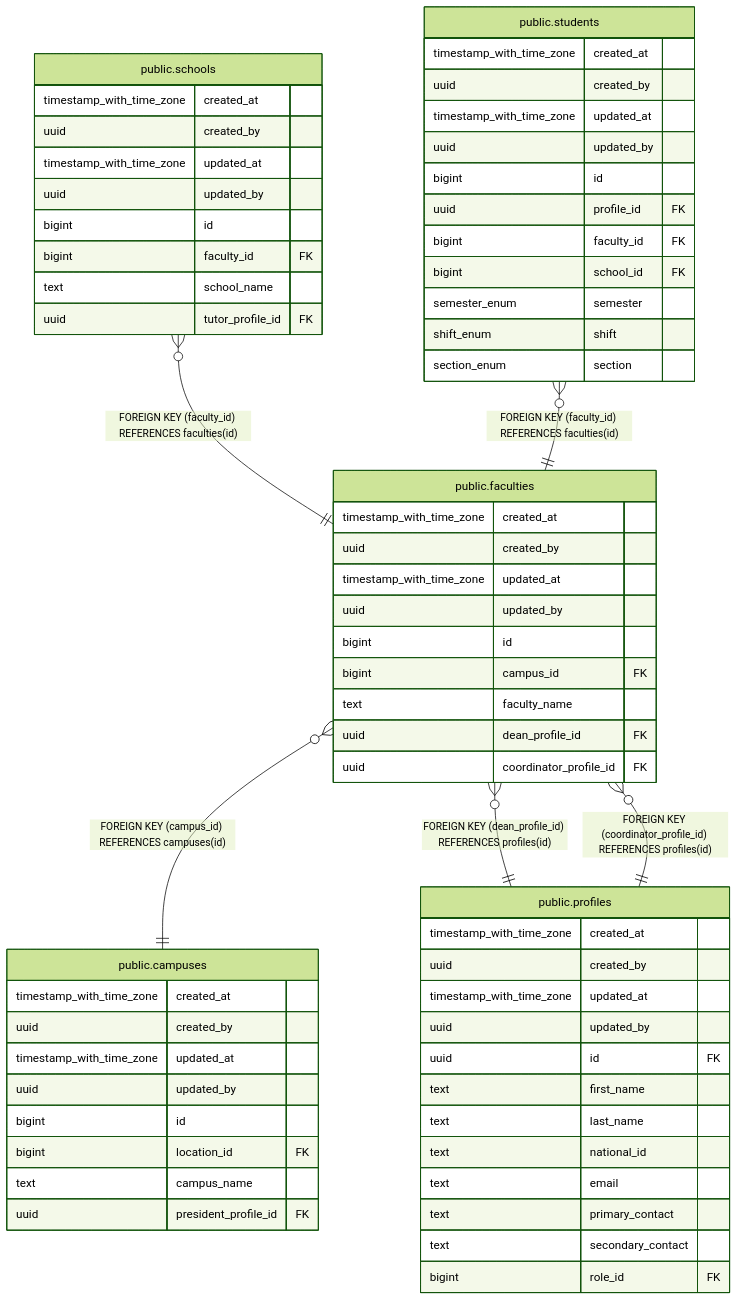
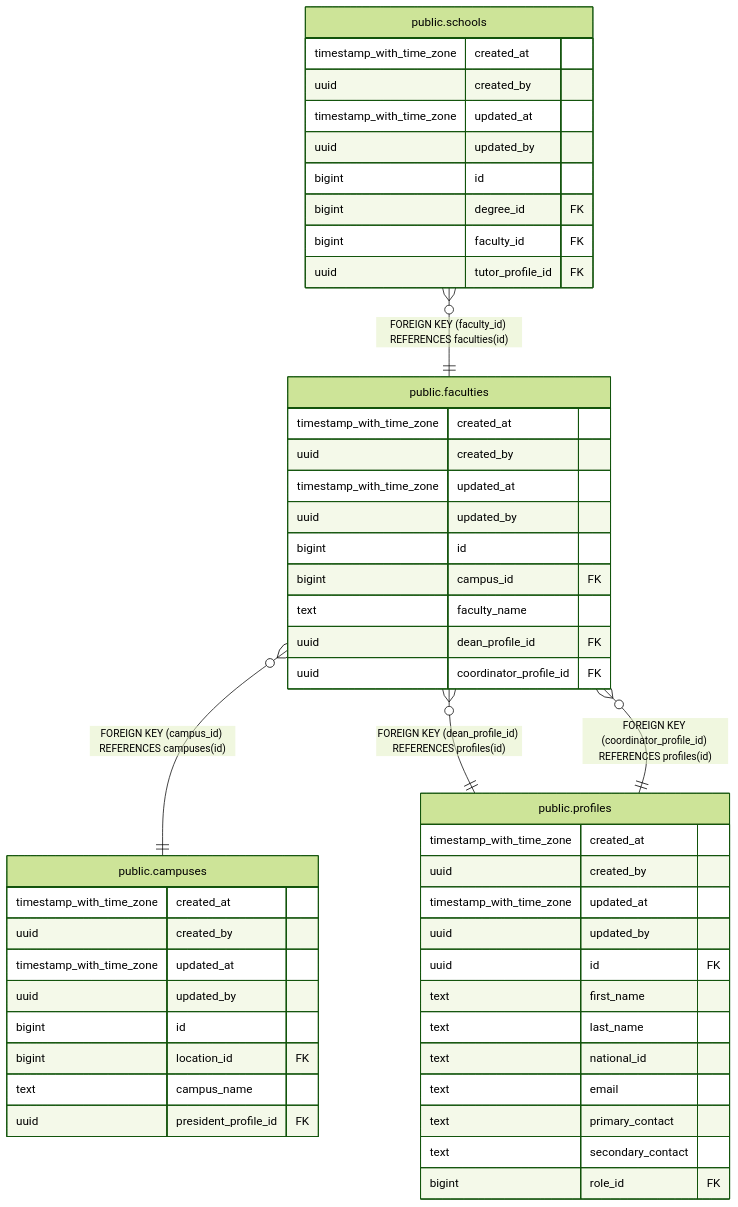
Before and after one commit to icristianhernandez/academic-service-backend: the diagram in docs/db/tbls/public.faculties.md, drawn with Mermaid (forest theme). The commit also changed other lines of this file and 16 other files, not shown here.

````diff
--- a/docs/db/tbls/public.faculties.md
+++ b/docs/db/tbls/public.faculties.md
@@ -45,68 +45,54 @@
 ```mermaid
 erDiagram
 
 "public.schools" }o--|| "public.faculties" : "FOREIGN KEY (faculty_id) REFERENCES faculties(id)"
-"public.students" }o--|| "public.faculties" : "FOREIGN KEY (faculty_id) REFERENCES faculties(id)"
 "public.faculties" }o--|| "public.campuses" : "FOREIGN KEY (campus_id) REFERENCES campuses(id)"
 "public.faculties" }o--|| "public.profiles" : "FOREIGN KEY (dean_profile_id) REFERENCES profiles(id)"
 "public.faculties" }o--|| "public.profiles" : "FOREIGN KEY (coordinator_profile_id) REFERENCES profiles(id)"
 
 "public.faculties" {
   timestamp_with_time_zone created_at ""
   uuid created_by ""
   timestamp_with_time_zone updated_at ""
   uuid updated_by ""
   bigint id ""
   bigint campus_id FK ""
   text faculty_name ""
   uuid dean_profile_id FK ""
   uuid coordinator_profile_id FK ""
 }
 "public.schools" {
   timestamp_with_time_zone created_at ""
   uuid created_by ""
   timestamp_with_time_zone updated_at ""
   uuid updated_by ""
   bigint id ""
+  bigint degree_id FK ""
   bigint faculty_id FK ""
-  text school_name ""
   uuid tutor_profile_id FK ""
-}
-"public.students" {
-  timestamp_with_time_zone created_at ""
-  uuid created_by ""
-  timestamp_with_time_zone updated_at ""
-  uuid updated_by ""
-  bigint id ""
-  uuid profile_id FK ""
-  bigint faculty_id FK ""
-  bigint school_id FK ""
-  semester_enum semester ""
-  shift_enum shift ""
-  section_enum section ""
 }
 "public.campuses" {
   timestamp_with_time_zone created_at ""
   uuid created_by ""
   timestamp_with_time_zone updated_at ""
   uuid updated_by ""
   bigint id ""
   bigint location_id FK ""
   text campus_name ""
   uuid president_profile_id FK ""
 }
 "public.profiles" {
   timestamp_with_time_zone created_at ""
   uuid created_by ""
   timestamp_with_time_zone updated_at ""
   uuid updated_by ""
   uuid id FK ""
   text first_name ""
   text last_name ""
   text national_id ""
   text email ""
   text primary_contact ""
   text secondary_contact ""
   bigint role_id FK ""
 }
 ```
````
